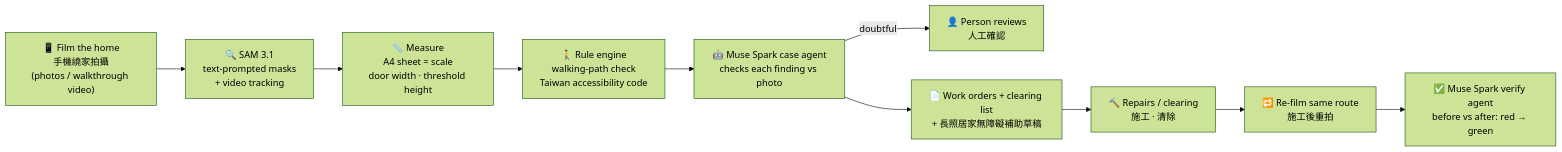
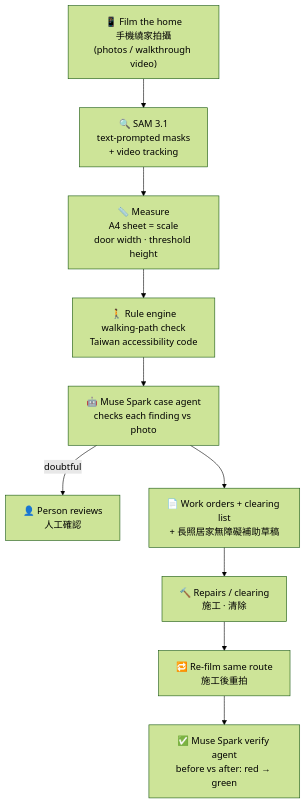
The diagram in README.md (seantw0301/safepath-ai), drawn with Mermaid (forest theme) before and after one commit.

Commit message:
README flowchart: top-down layout for readability

````diff
--- a/README.md
+++ b/README.md
@@ -10,12 +10,12 @@
 ```mermaid
-flowchart LR
+flowchart TD
     A["📱 Film the home<br/>手機繞家拍攝<br/>(photos / walkthrough video)"] --> B["🔍 SAM 3.1<br/>text-prompted masks<br/>+ video tracking"]
     B --> C["📏 Measure<br/>A4 sheet = scale<br/>door width · threshold height"]
     C --> D["🚶 Rule engine<br/>walking-path check<br/>Taiwan accessibility code"]
     D --> E["🤖 Muse Spark case agent<br/>checks each finding vs photo"]
     E -->|doubtful| H["👤 Person reviews<br/>人工確認"]
     E --> F["📄 Work orders + clearing list<br/>+ 長照居家無障礙補助草稿"]
     F --> G["🔨 Repairs / clearing<br/>施工 · 清除"]
     G --> R["🔁 Re-film same route<br/>施工後重拍"]
     R --> V["✅ Muse Spark verify agent<br/>before vs after: red → green"]
 ```
````
